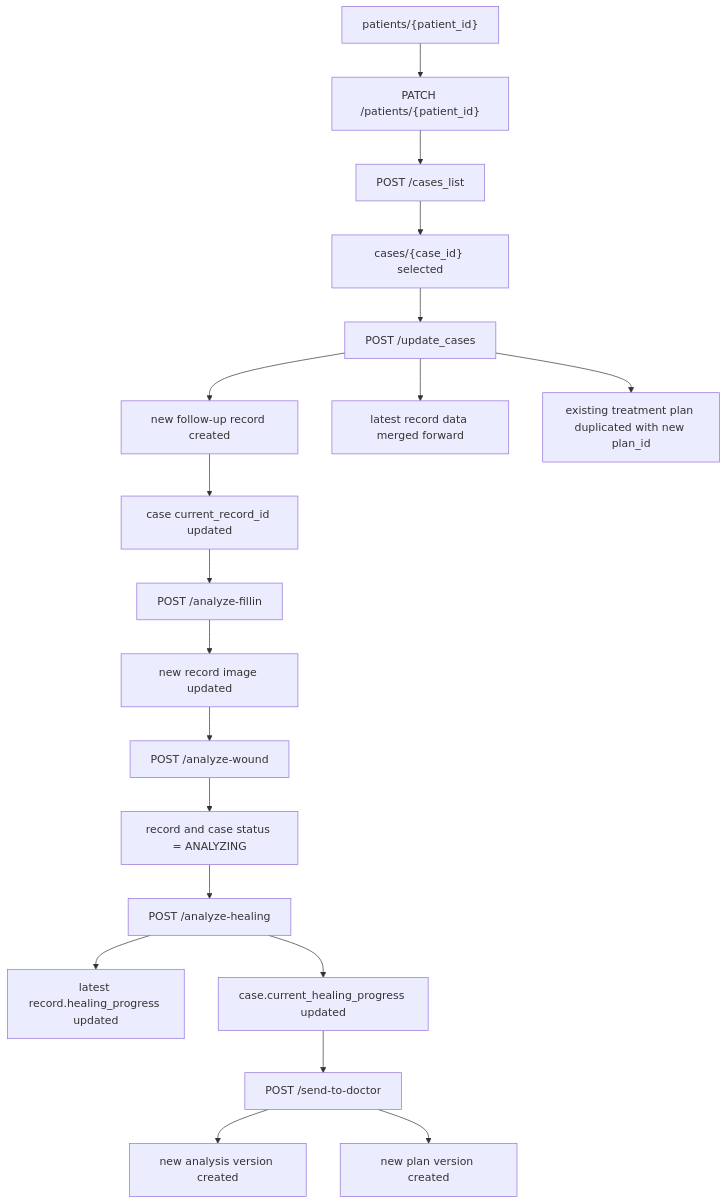
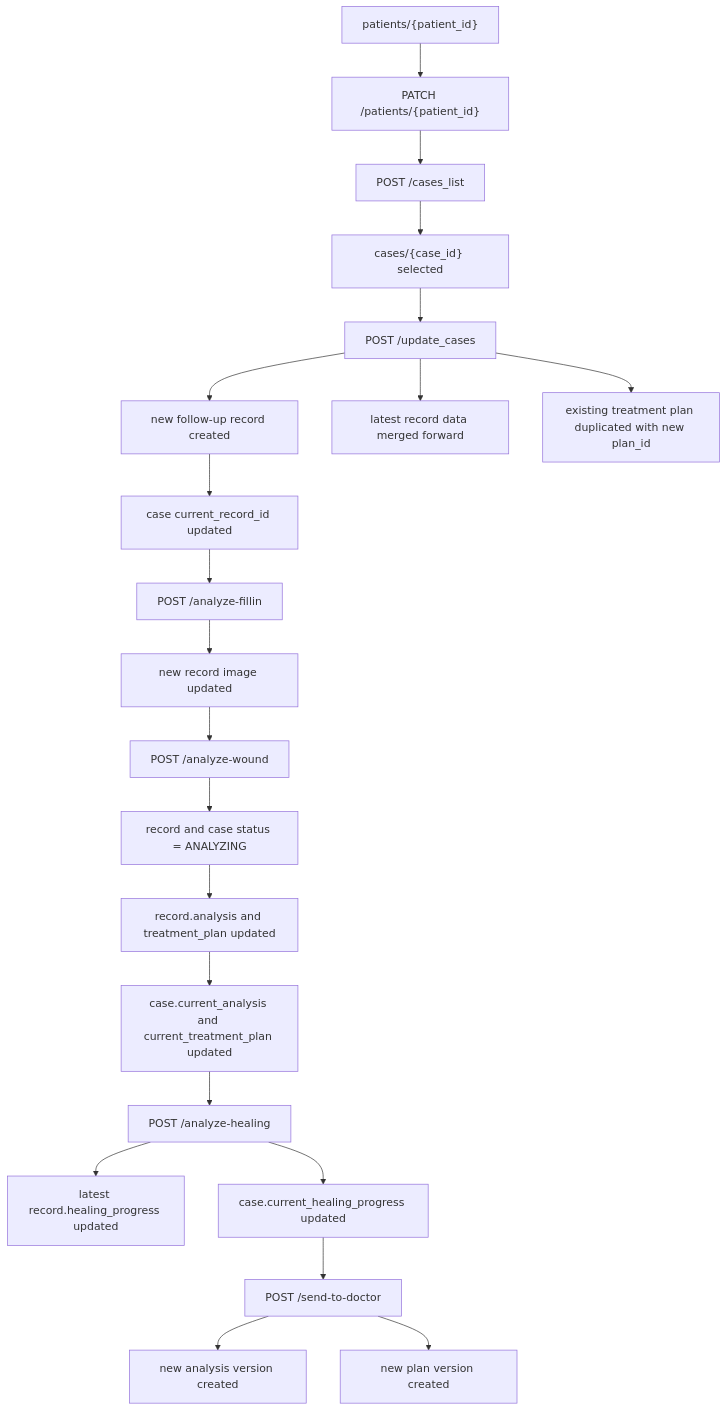
Before and after one commit to Nearonomicon/Foster-Ulcer-AI: the sixth of 10 diagrams in backend/workflow.md, drawn with Mermaid. The commit also changed other lines of this file and 3 other files, not shown here.

Commit message:
Update analysis in record after /analyze-wound is called not wait for /send-to-doctor

````diff
--- a/backend/workflow.md
+++ b/backend/workflow.md
@@ -254,21 +258,23 @@
 ```mermaid
 flowchart TD
     A["patients/{patient_id}"] --> B["PATCH /patients/{patient_id}"]
     B --> C[POST /cases_list]
     C --> D["cases/{case_id} selected"]
     D --> E[POST /update_cases]
     E --> F[new follow-up record created]
     E --> G[latest record data merged forward]
     E --> H[existing treatment plan duplicated with new plan_id]
     F --> I[case current_record_id updated]
     I --> J[POST /analyze-fillin]
     J --> K[new record image updated]
     K --> L[POST /analyze-wound]
     L --> M[record and case status = ANALYZING]
-    M --> N[POST /analyze-healing]
-    N --> O[latest record.healing_progress updated]
-    N --> P[case.current_healing_progress updated]
-    P --> Q[POST /send-to-doctor]
-    Q --> R[new analysis version created]
-    Q --> S[new plan version created]
+    M --> N[record.analysis and treatment_plan updated]
+    N --> O[case.current_analysis and current_treatment_plan updated]
+    O --> P[POST /analyze-healing]
+    P --> Q[latest record.healing_progress updated]
+    P --> R[case.current_healing_progress updated]
+    R --> S[POST /send-to-doctor]
+    S --> T[new analysis version created]
+    S --> U[new plan version created]
 ```
````
